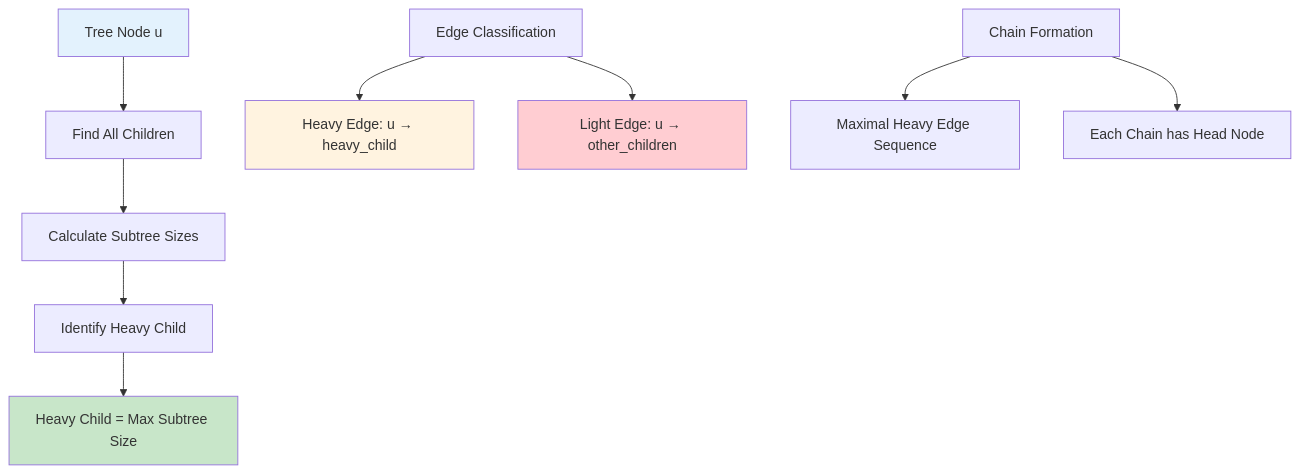
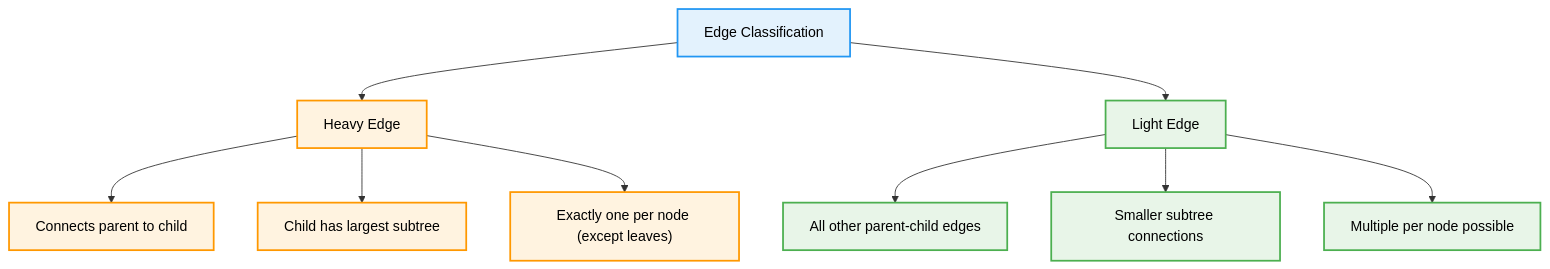
The second of 5 diagrams in concepts/heavy-light.md (AbhishekGiri04/Algorithmics-Foundations), drawn with Mermaid before and after one commit. The commit also changed other lines of this file, not shown here.

Commit message:
Add comprehensive heavy-light.md with professional design and light colors

````diff
--- a/concepts/heavy-light.md
+++ b/concepts/heavy-light.md
@@ -91,18 +76,21 @@
 ```mermaid
 flowchart TD
-    A["Tree Node u"] --> B["Find All Children"]
-    B --> C["Calculate Subtree Sizes"]
-    C --> D["Identify Heavy Child"]
-    D --> E["Heavy Child = Max Subtree Size"]
+    A["Edge Classification"] --> B["Heavy Edge"]
+    A --> C["Light Edge"]
     
-    F["Edge Classification"] --> G["Heavy Edge: u → heavy_child"]
-    F --> H["Light Edge: u → other_children"]
+    B --> D["Connects parent to child"]
+    B --> E["Child has largest subtree"]
+    B --> F["Exactly one per node (except leaves)"]
     
-    I["Chain Formation"] --> J["Maximal Heavy Edge Sequence"]
-    I --> K["Each Chain has Head Node"]
+    C --> G["All other parent-child edges"]
+    C --> H["Smaller subtree connections"]
+    C --> I["Multiple per node possible"]
     
-    style A fill:#e3f2fd
-    style E fill:#c8e6c9
-    style G fill:#fff3e0
-    style H fill:#ffcdd2
+    classDef default fill:#f9f9f9,stroke:#333,stroke-width:2px,color:#000
+    classDef classification fill:#e3f2fd,stroke:#2196f3,stroke-width:2px,color:#000
+    classDef heavy fill:#fff3e0,stroke:#ff9800,stroke-width:2px,color:#000
+    classDef light fill:#e8f5e8,stroke:#4caf50,stroke-width:2px,color:#000
+    class A classification
+    class B,D,E,F heavy
+    class C,G,H,I light
 ```
````
